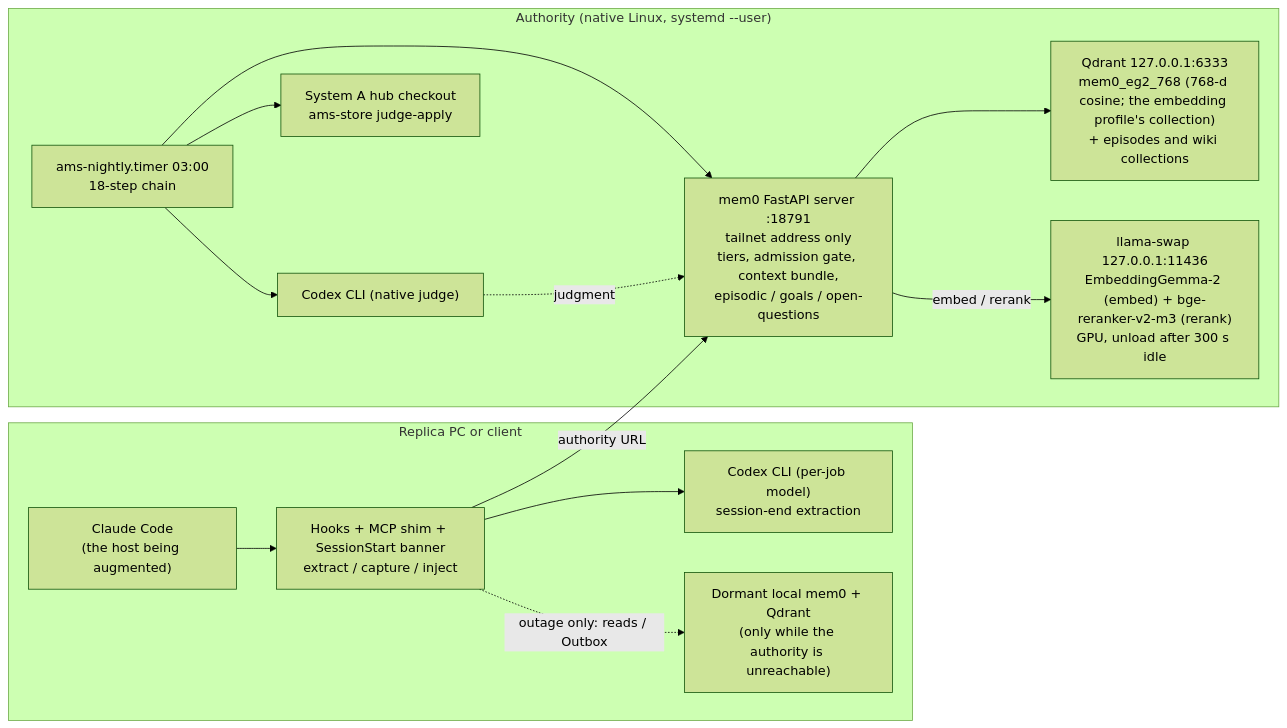
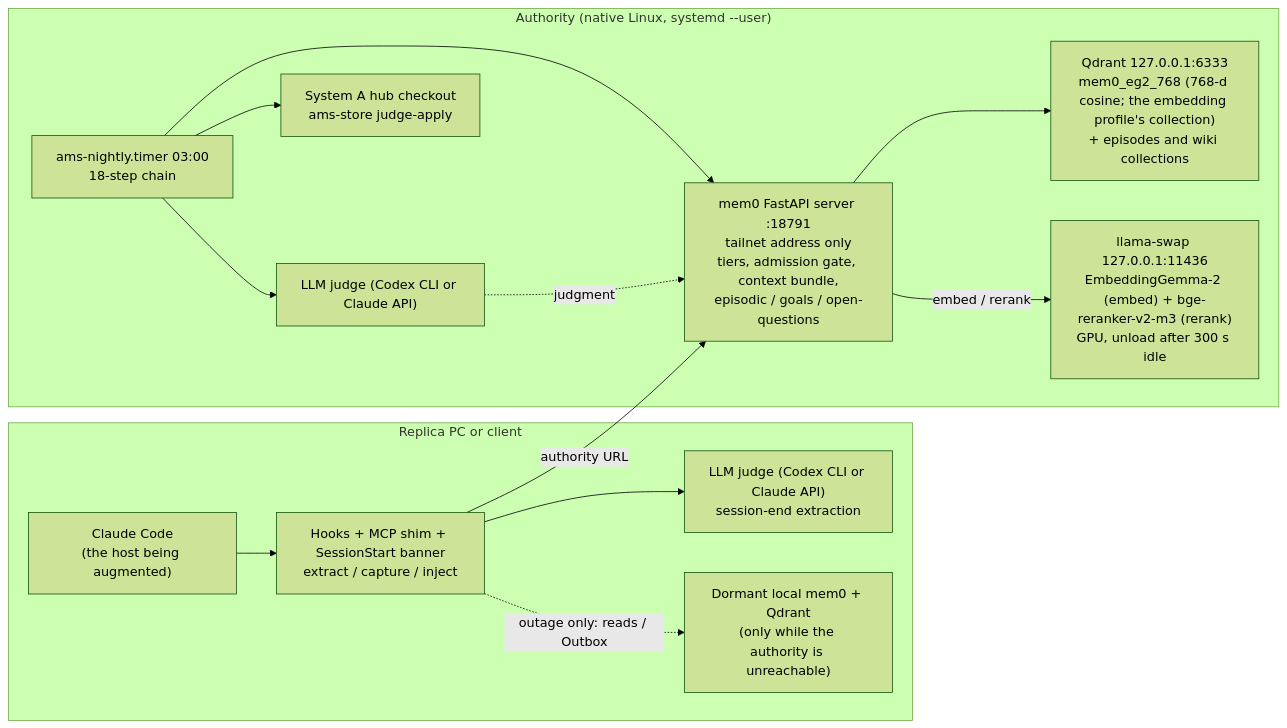
The first of 3 diagrams in ARCHITECTURE.md (dmmdea/agentic-memory-stack-for-claude-code), drawn with Mermaid (forest theme) before and after one commit. The commit also changed other lines of this file and 70 other files, not shown here.

````diff
--- a/ARCHITECTURE.md
+++ b/ARCHITECTURE.md
@@ -29,27 +29,27 @@
 ```mermaid
 flowchart LR
     subgraph PC["Replica PC or client"]
         CC["Claude Code<br/>(the host being augmented)"]
         HOOKS["Hooks + MCP shim + SessionStart banner<br/>extract / capture / inject"]
-        PCCODEX["Codex CLI (per-job model)<br/>session-end extraction"]
+        PCCODEX["LLM judge (Codex CLI or Claude API)<br/>session-end extraction"]
         DORMANT["Dormant local mem0 + Qdrant<br/>(only while the authority is unreachable)"]
     end
     subgraph AUTH["Authority (native Linux, systemd --user)"]
         MEM0["mem0 FastAPI server :18791<br/>tailnet address only<br/>tiers, admission gate, context bundle,<br/>episodic / goals / open-questions"]
         QD["Qdrant 127.0.0.1:6333<br/>mem0_eg2_768 (768-d cosine; the embedding profile's collection)<br/>+ episodes and wiki collections"]
         LS["llama-swap 127.0.0.1:11436<br/>EmbeddingGemma-2 (embed) + bge-reranker-v2-m3 (rerank)<br/>GPU, unload after 300 s idle"]
         CHAIN["ams-nightly.timer 03:00<br/>18-step chain"]
-        JUDGE["Codex CLI (native judge)"]
+        JUDGE["LLM judge (Codex CLI or Claude API)"]
         STORE["System A hub checkout<br/>ams-store judge-apply"]
     end
     CC --> HOOKS
     HOOKS -->|"authority URL"| MEM0
     HOOKS -.->|"outage only: reads / Outbox"| DORMANT
     HOOKS --> PCCODEX
     MEM0 --> QD
     MEM0 -->|"embed / rerank"| LS
     CHAIN --> MEM0
     CHAIN --> JUDGE
     CHAIN --> STORE
     JUDGE -.->|"judgment"| MEM0
 ```
````
